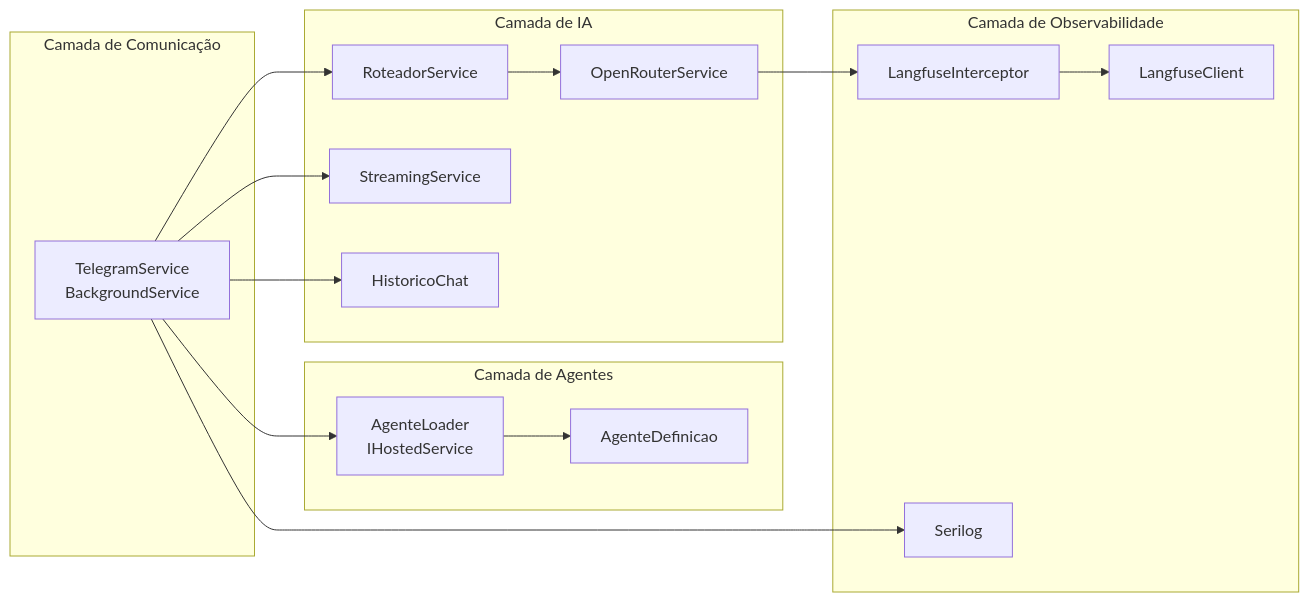
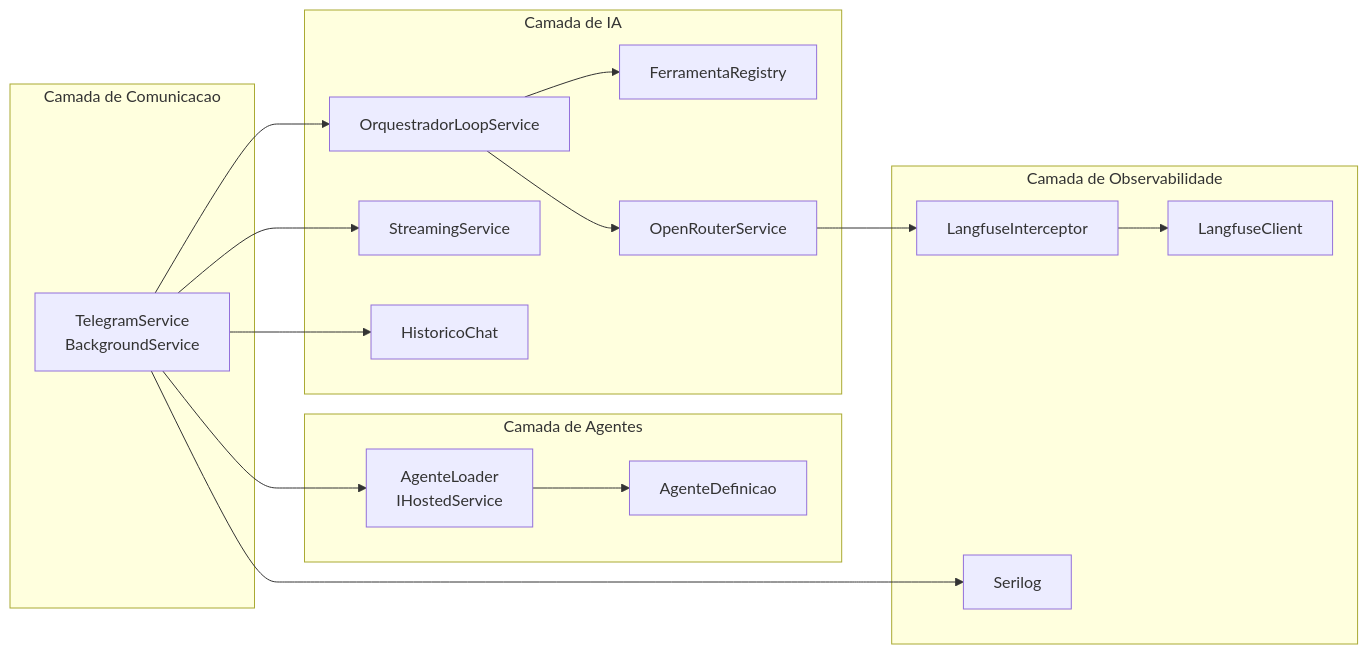
The fifth of 16 diagrams in docs/ARCHITECTURE.md (joaopedro-marques/suspira.fluxo.demo), drawn with Mermaid before and after one commit. The commit also changed other lines of this file and 1 other file, not shown here.

First line of the commit message:
docs: update architecture and config for orchestrator loop

````diff
--- a/docs/ARCHITECTURE.md
+++ b/docs/ARCHITECTURE.md
@@ -196,34 +191,36 @@
 ```mermaid
 graph LR
-    subgraph "Camada de Comunicação"
+    subgraph "Camada de Comunicacao"
         TS[TelegramService<br/>BackgroundService]
     end
     
     subgraph "Camada de Agentes"
         AL[AgenteLoader<br/>IHostedService]
         AD[AgenteDefinicao]
     end
     
     subgraph "Camada de IA"
-        RS[RoteadorService]
+        OL[OrquestradorLoopService]
+        FR[FerramentaRegistry]
         OR[OpenRouterService]
         SS[StreamingService]
         HC[HistoricoChat]
     end
     
     subgraph "Camada de Observabilidade"
         LI[LangfuseInterceptor]
         LC[LangfuseClient]
         SL[Serilog]
     end
     
     TS --> AL
-    TS --> RS
+    TS --> OL
     TS --> SS
     TS --> HC
     AL --> AD
-    RS --> OR
+    OL --> FR
+    OL --> OR
     OR --> LI
     LI --> LC
     TS --> SL
 ```
````
